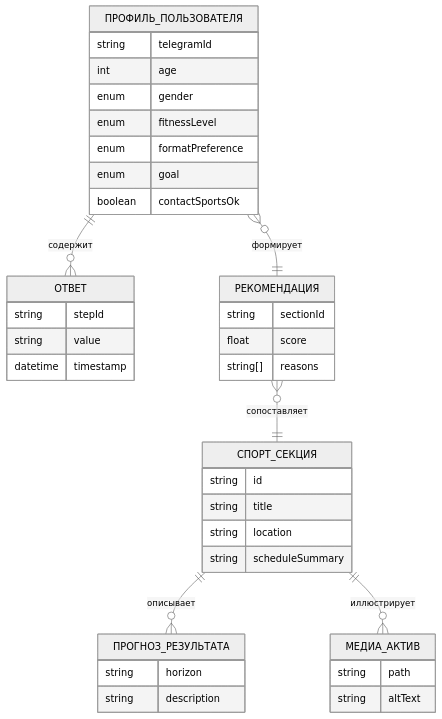
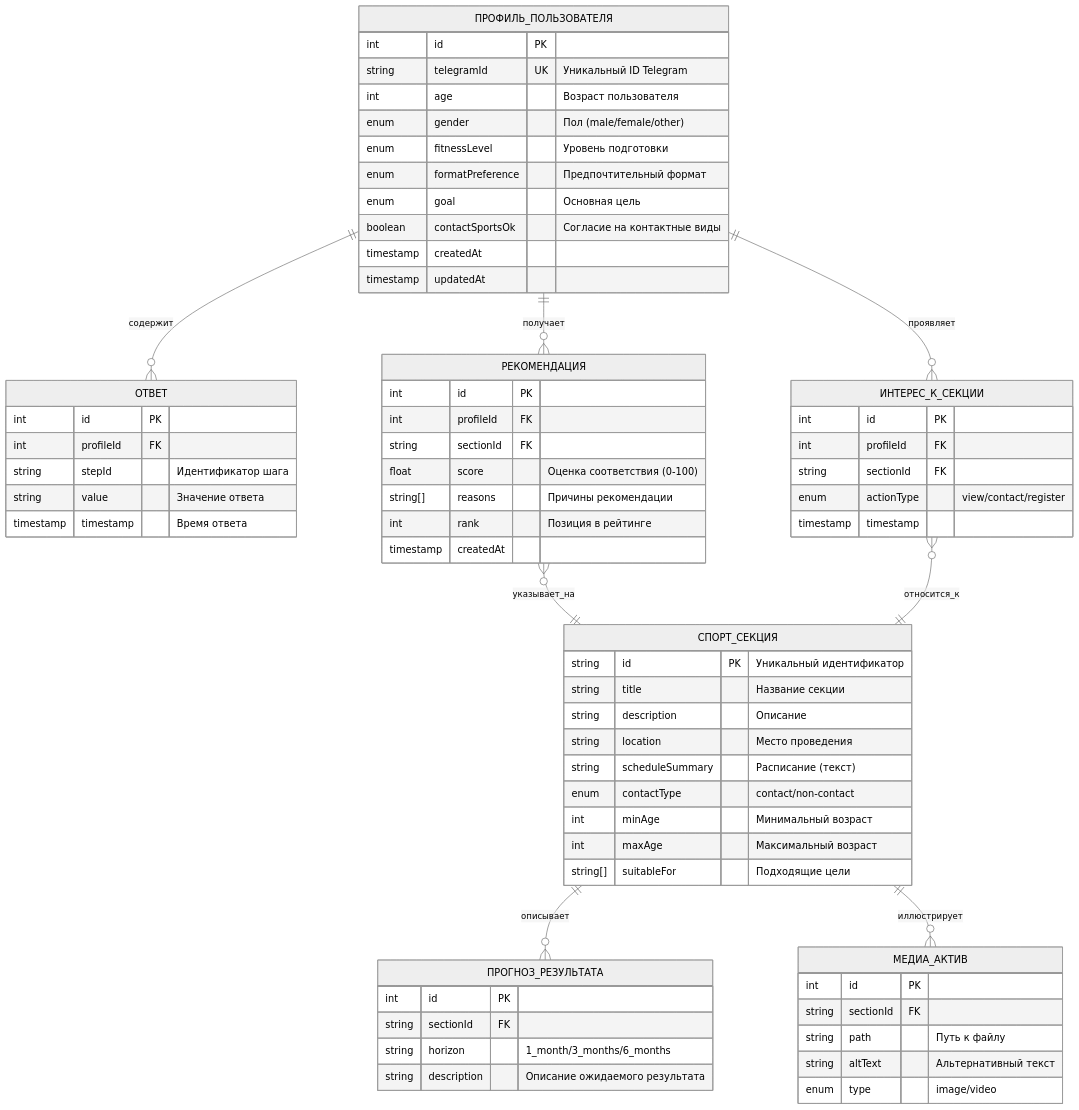
One commit to kotru21/bsuir changed the seventh of 7 diagrams in README.md. Above: the diagram before and after it, drawn with Mermaid (neutral theme). The commit also changed other lines of this file, not shown here.

First line of the commit message:
Revise and expand README with updated diagrams and setup

````diff
--- a/README.md
+++ b/README.md
@@ -271,47 +373,78 @@
 ```mermaid
 erDiagram
-   ПРОФИЛЬ_ПОЛЬЗОВАТЕЛЯ ||--o{ ОТВЕТ : содержит
-   ПРОФИЛЬ_ПОЛЬЗОВАТЕЛЯ }o--|| РЕКОМЕНДАЦИЯ : формирует
-   РЕКОМЕНДАЦИЯ }o--|| СПОРТ_СЕКЦИЯ : сопоставляет
-   СПОРТ_СЕКЦИЯ ||--o{ ПРОГНОЗ_РЕЗУЛЬТАТА : описывает
-   СПОРТ_СЕКЦИЯ ||--o{ МЕДИА_АКТИВ : иллюстрирует
+   ПРОФИЛЬ_ПОЛЬЗОВАТЕЛЯ ||--o{ ОТВЕТ : "содержит"
+   ПРОФИЛЬ_ПОЛЬЗОВАТЕЛЯ ||--o{ РЕКОМЕНДАЦИЯ : "получает"
+   ПРОФИЛЬ_ПОЛЬЗОВАТЕЛЯ ||--o{ ИНТЕРЕС_К_СЕКЦИИ : "проявляет"
+
+   РЕКОМЕНДАЦИЯ }o--|| СПОРТ_СЕКЦИЯ : "указывает_на"
+   ИНТЕРЕС_К_СЕКЦИИ }o--|| СПОРТ_СЕКЦИЯ : "относится_к"
+
+   СПОРТ_СЕКЦИЯ ||--o{ ПРОГНОЗ_РЕЗУЛЬТАТА : "описывает"
+   СПОРТ_СЕКЦИЯ ||--o{ МЕДИА_АКТИВ : "иллюстрирует"
 
    ПРОФИЛЬ_ПОЛЬЗОВАТЕЛЯ {
-      string telegramId
-      int age
-      enum gender
-      enum fitnessLevel
-      enum formatPreference
-      enum goal
-      boolean contactSportsOk
+      int id PK
+      string telegramId UK "Уникальный ID Telegram"
+      int age "Возраст пользователя"
+      enum gender "Пол (male/female/other)"
+      enum fitnessLevel "Уровень подготовки"
+      enum formatPreference "Предпочтительный формат"
+      enum goal "Основная цель"
+      boolean contactSportsOk "Согласие на контактные виды"
+      timestamp createdAt
+      timestamp updatedAt
    }
 
    ОТВЕТ {
-      string stepId
-      string value
-      datetime timestamp
+      int id PK
+      int profileId FK
+      string stepId "Идентификатор шага"
+      string value "Значение ответа"
+      timestamp timestamp "Время ответа"
    }
 
    СПОРТ_СЕКЦИЯ {
-      string id
-      string title
-      string location
-      string scheduleSummary
+      string id PK "Уникальный идентификатор"
+      string title "Название секции"
+      string description "Описание"
+      string location "Место проведения"
+      string scheduleSummary "Расписание (текст)"
+      enum contactType "contact/non-contact"
+      int minAge "Минимальный возраст"
+      int maxAge "Максимальный возраст"
+      string[] suitableFor "Подходящие цели"
    }
 
    РЕКОМЕНДАЦИЯ {
-      string sectionId
-      float score
-      string[] reasons
+      int id PK
+      int profileId FK
+      string sectionId FK
+      float score "Оценка соответствия (0-100)"
+      string[] reasons "Причины рекомендации"
+      int rank "Позиция в рейтинге"
+      timestamp createdAt
+   }
+
+   ИНТЕРЕС_К_СЕКЦИИ {
+      int id PK
+      int profileId FK
+      string sectionId FK
+      enum actionType "view/contact/register"
+      timestamp timestamp
    }
 
    ПРОГНОЗ_РЕЗУЛЬТАТА {
-      string horizon
-      string description
+      int id PK
+      string sectionId FK
+      string horizon "1_month/3_months/6_months"
+      string description "Описание ожидаемого результата"
    }
 
    МЕДИА_АКТИВ {
-      string path
-      string altText
+      int id PK
+      string sectionId FK
+      string path "Путь к файлу"
+      string altText "Альтернативный текст"
+      enum type "image/video"
    }
 ```
````
